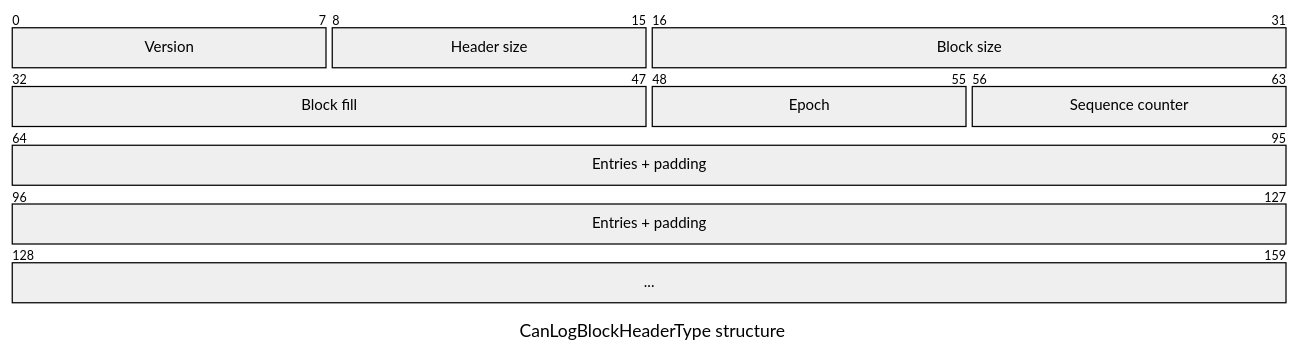
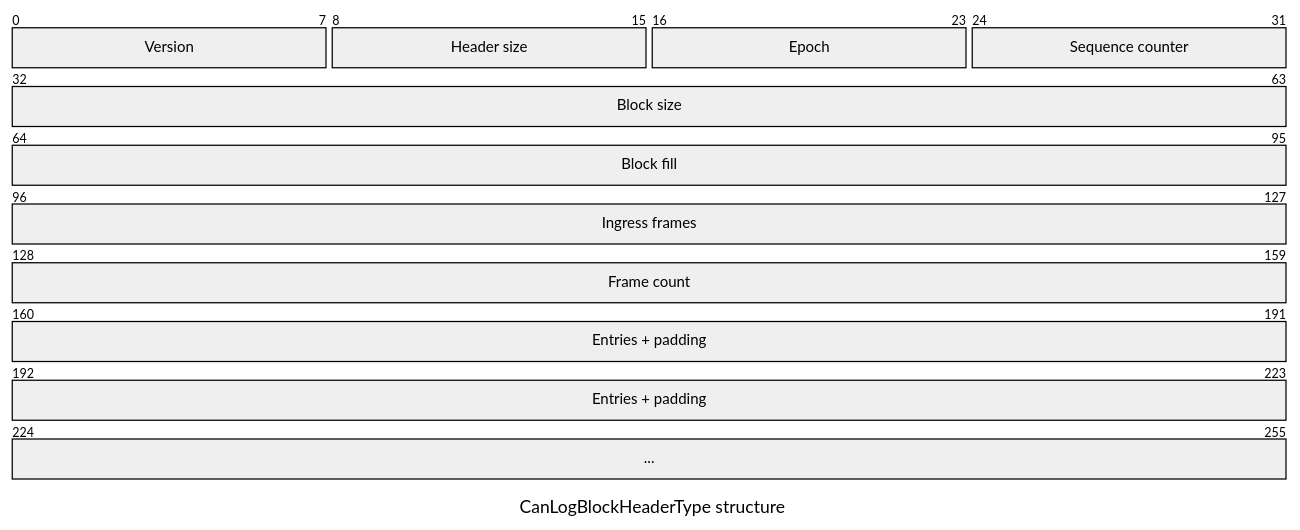
Before and after one commit to Clomann/stm32h7-CAN-sniffer: the diagram in doc/images/log_block_header_packet.md, drawn with Mermaid. The commit also changed 18 other files, not shown here.

````diff
--- a/doc/images/log_block_header_packet.md
+++ b/doc/images/log_block_header_packet.md
@@ -1,14 +1,16 @@
 ```mermaid
 ---
 title: CanLogBlockHeaderType structure
 ---
 packet-beta
     0-7: "Version"
     8-15: "Header size"
-    16-31: "Block size"
-    32-47: "Block fill"
-    48-55: "Epoch"
-    56-63: "Sequence counter"
-    64-127: "Entries + padding"
-    128-159: "..."
+    16-23: "Epoch"
+    24-31: "Sequence counter"
+    32-63: "Block size"
+    64-95: "Block fill"
+    96-127: "Ingress frames"
+    128-159: "Frame count"
+    160-223: "Entries + padding"
+    224-255: "..."
 ```
````
